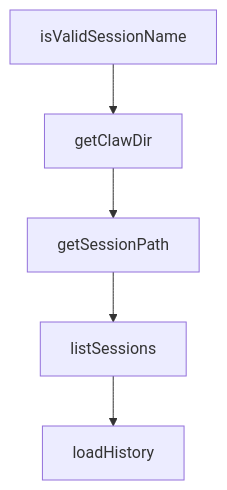
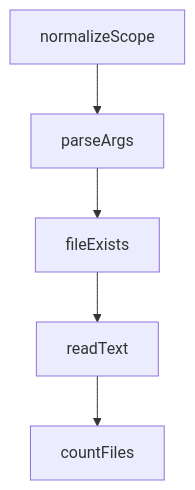
One commit to johnxie/awesome-code-docs changed the diagram in tutorials/everything-claude-code-tutorial/01-getting-started.md. Above: the diagram before and after it, drawn with Mermaid. The commit also changed other lines of this file and 1232 other files, not shown here.

````diff
--- a/tutorials/everything-claude-code-tutorial/01-getting-started.md
+++ b/tutorials/everything-claude-code-tutorial/01-getting-started.md
@@ -226,12 +224,12 @@
 ```mermaid
 flowchart TD
-    A[isValidSessionName]
-    B[getClawDir]
-    C[getSessionPath]
-    D[listSessions]
-    E[loadHistory]
+    A[normalizeScope]
+    B[parseArgs]
+    C[fileExists]
+    D[readText]
+    E[countFiles]
     A --> B
     B --> C
     C --> D
     D --> E
 ```
````
